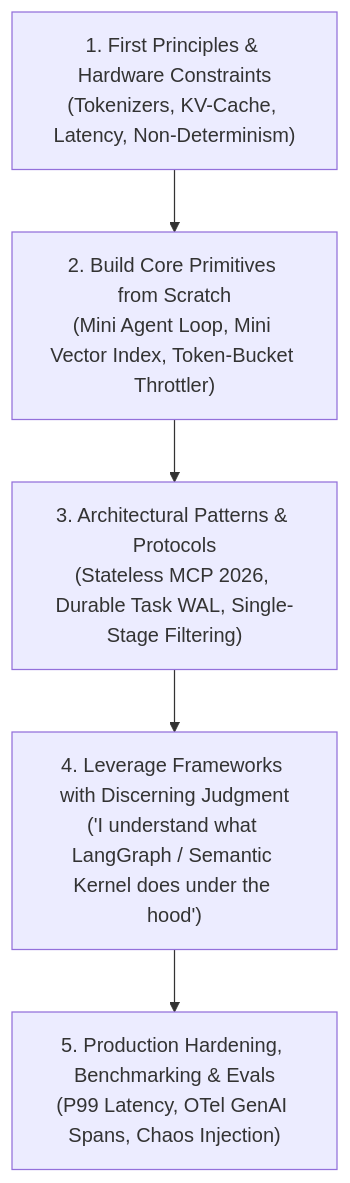
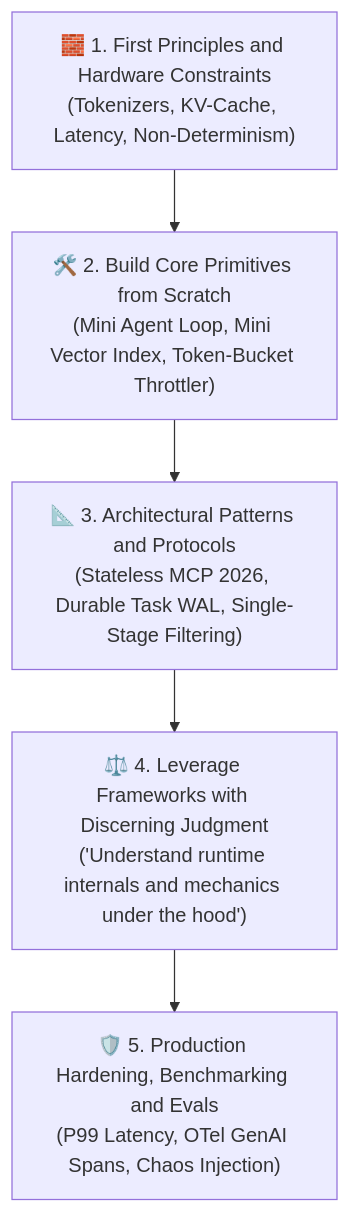
Before and after one commit to dip4k/senior-engineer-to-ai-engineer-roadmap: the second of 11 diagrams in ai-platform-and-agent-infrastructure-roadmap.md, drawn with Mermaid. The commit also changed other lines of this file and 94 other files, not shown here.

Commit message:
refactor(curriculum): complete Phase 04 upgrade and enforce diagram renderer invariants

````diff
--- a/ai-platform-and-agent-infrastructure-roadmap.md
+++ b/ai-platform-and-agent-infrastructure-roadmap.md
@@ -83,8 +82,8 @@
 ```mermaid
 flowchart TD
-    L1["1. First Principles & Hardware Constraints<br>(Tokenizers, KV-Cache, Latency, Non-Determinism)"] --> L2
-    L2["2. Build Core Primitives from Scratch<br>(Mini Agent Loop, Mini Vector Index, Token-Bucket Throttler)"] --> L3
-    L3["3. Architectural Patterns & Protocols<br>(Stateless MCP 2026, Durable Task WAL, Single-Stage Filtering)"] --> L4
-    L4["4. Leverage Frameworks with Discerning Judgment<br>('I understand what LangGraph / Semantic Kernel does under the hood')"] --> L5
-    L5["5. Production Hardening, Benchmarking & Evals<br>(P99 Latency, OTel GenAI Spans, Chaos Injection)"]
+    L1["🧱 1. First Principles and Hardware Constraints<br>(Tokenizers, KV-Cache, Latency, Non-Determinism)"] --> L2
+    L2["🛠️ 2. Build Core Primitives from Scratch<br>(Mini Agent Loop, Mini Vector Index, Token-Bucket Throttler)"] --> L3
+    L3["📐 3. Architectural Patterns and Protocols<br>(Stateless MCP 2026, Durable Task WAL, Single-Stage Filtering)"] --> L4
+    L4["⚖️ 4. Leverage Frameworks with Discerning Judgment<br>('Understand runtime internals and mechanics under the hood')"] --> L5
+    L5["🛡️ 5. Production Hardening, Benchmarking and Evals<br>(P99 Latency, OTel GenAI Spans, Chaos Injection)"]
 ```
````
